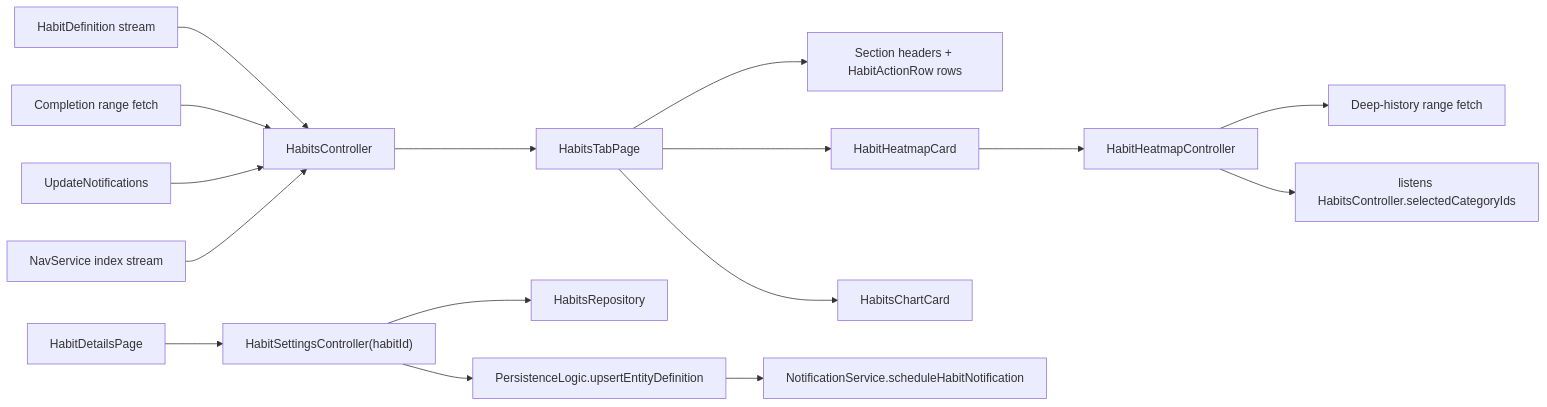
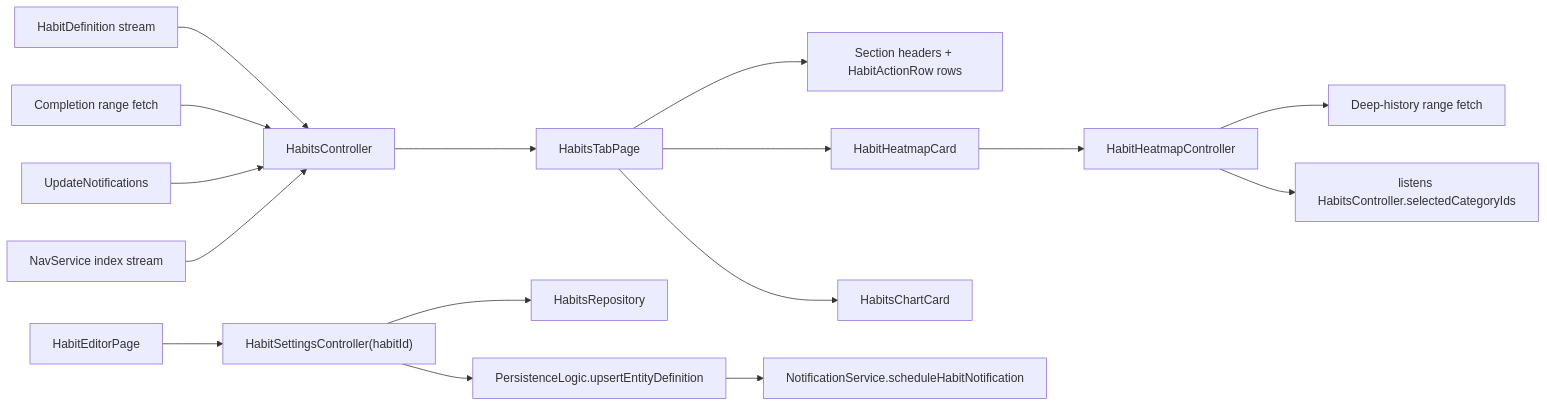
Before and after one commit to matthiasn/lotti: the first of 6 diagrams in knowledge/features/habits.md, drawn with Mermaid. The commit also changed other lines of this file and 16 other files, not shown here.

````diff
--- a/knowledge/features/habits.md
+++ b/knowledge/features/habits.md
@@ -31,21 +31,21 @@
 ```mermaid
 flowchart LR
   Defs["HabitDefinition stream"] --> Ctrl["HabitsController"]
   Range["Completion range fetch"] --> Ctrl
   Updates["UpdateNotifications"] --> Ctrl
   Nav["NavService index stream"] --> Ctrl
 
   Ctrl --> Page["HabitsTabPage"]
   Page --> Sections["Section headers + HabitActionRow rows"]
   Page --> HeatCard["HabitHeatmapCard"]
   Page --> ChartCard["HabitsChartCard"]
 
   HeatCard --> HeatCtl["HabitHeatmapController"]
   HeatCtl --> HeatFetch["Deep-history range fetch"]
   HeatCtl --> FilterListen["listens HabitsController.selectedCategoryIds"]
 
-  SettingsPage["HabitDetailsPage"] --> SettingsCtl["HabitSettingsController(habitId)"]
+  SettingsPage["HabitEditorPage"] --> SettingsCtl["HabitSettingsController(habitId)"]
   SettingsCtl --> Repo["HabitsRepository"]
   SettingsCtl --> Persist["PersistenceLogic.upsertEntityDefinition"]
   Persist --> Notifications["NotificationService.scheduleHabitNotification"]
 ```
````
